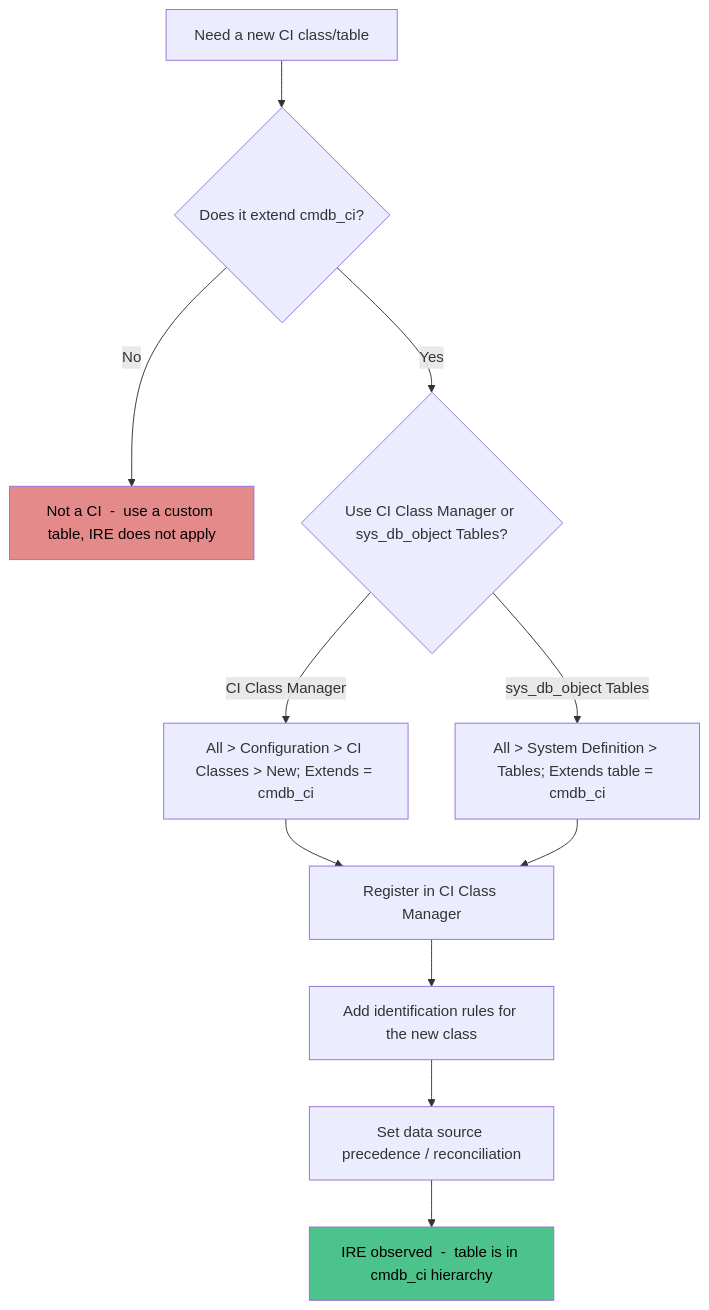
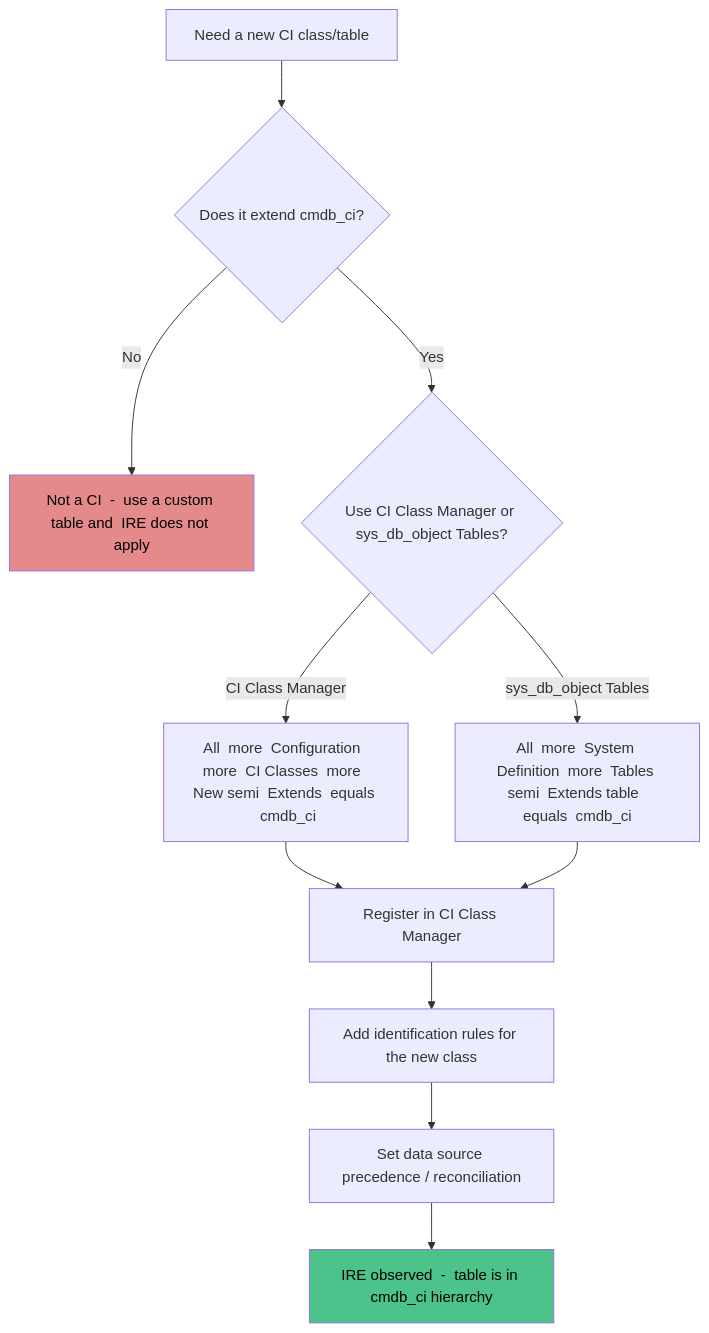
One commit to eltonaguiar/ServiceNow_Learning_TSOM-_CSM_FSM_SalesCRM_HAM_ITSM changed diagram 16 of 22 in docs/modules/cmdb/cmdb-guide.md. Above: the diagram before and after it, drawn with Mermaid. The commit also changed other lines of this file and 19 other files, not shown here.

Commit message:
Fix all Mermaid diagram special characters - replace dollar, parens, slashes, quotes, pipes, nested brackets and other unsafe chars inside brackets with safe alternatives across 19 files

````diff
--- a/docs/modules/cmdb/cmdb-guide.md
+++ b/docs/modules/cmdb/cmdb-guide.md
@@ -2096,16 +2096,16 @@
 ```mermaid
 flowchart TD
     A[Need a new CI class/table] --> B{Does it extend cmdb_ci?}
-    B -->|No| C[Not a CI  -  use a custom table, IRE does not apply]
+    B -->|No| C[Not a CI  -  use a custom table and  IRE does not apply]
     B -->|Yes| D{Use CI Class Manager or sys_db_object Tables?}
-    D -->|CI Class Manager| E[All > Configuration > CI Classes > New; Extends = cmdb_ci]
-    D -->|sys_db_object Tables| F[All > System Definition > Tables; Extends table = cmdb_ci]
+    D -->|CI Class Manager| E[All  more  Configuration  more  CI Classes  more  New semi  Extends  equals  cmdb_ci]
+    D -->|sys_db_object Tables| F[All  more  System Definition  more  Tables semi  Extends table  equals  cmdb_ci]
     E --> G[Register in CI Class Manager]
     F --> G
     G --> H[Add identification rules for the new class]
     H --> I[Set data source precedence / reconciliation]
     I --> J[IRE observed  -  table is in cmdb_ci hierarchy]
     style J fill:#4cc38a,color:#000
     style C fill:#e58a8a,color:#000
 
 ```
````
